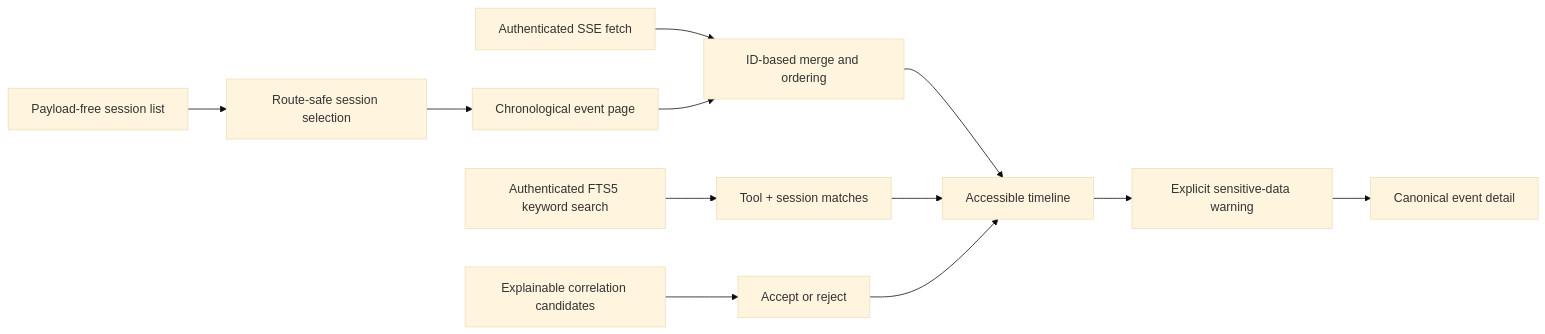
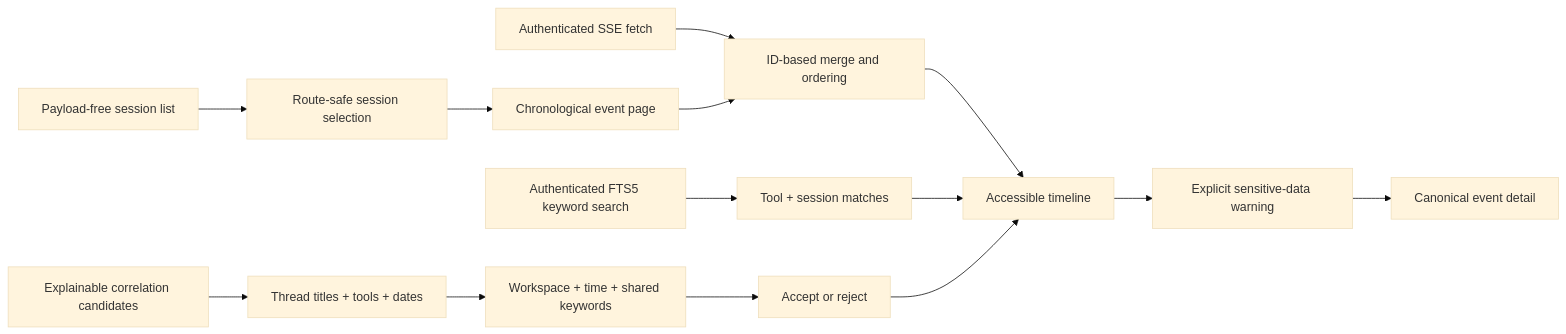
The diagram in docs/ui/session-timeline.md (h3rb3rn/agentic-tool-merger), drawn with Mermaid (base theme) before and after one commit. The commit also changed other lines of this file and 6 other files, not shown here.

Commit message:
feat: clarify correlation review context

````diff
--- a/docs/ui/session-timeline.md
+++ b/docs/ui/session-timeline.md
@@ -7,14 +7,16 @@
 ```mermaid
 flowchart LR
     list["Payload-free session list"] --> select["Route-safe session selection"]
     select --> page["Chronological event page"]
     stream["Authenticated SSE fetch"] --> merge["ID-based merge and ordering"]
     page --> merge
     merge --> timeline["Accessible timeline"]
     search["Authenticated FTS5 keyword search"] --> matches["Tool + session matches"]
     matches --> timeline
-    candidates["Explainable correlation candidates"] --> review["Accept or reject"]
+    candidates["Explainable correlation candidates"] --> context["Thread titles + tools + dates"]
+    context --> evidence["Workspace + time + shared keywords"]
+    evidence --> review["Accept or reject"]
     review --> timeline
     timeline --> warning["Explicit sensitive-data warning"]
     warning --> detail["Canonical event detail"]
 ```
````
